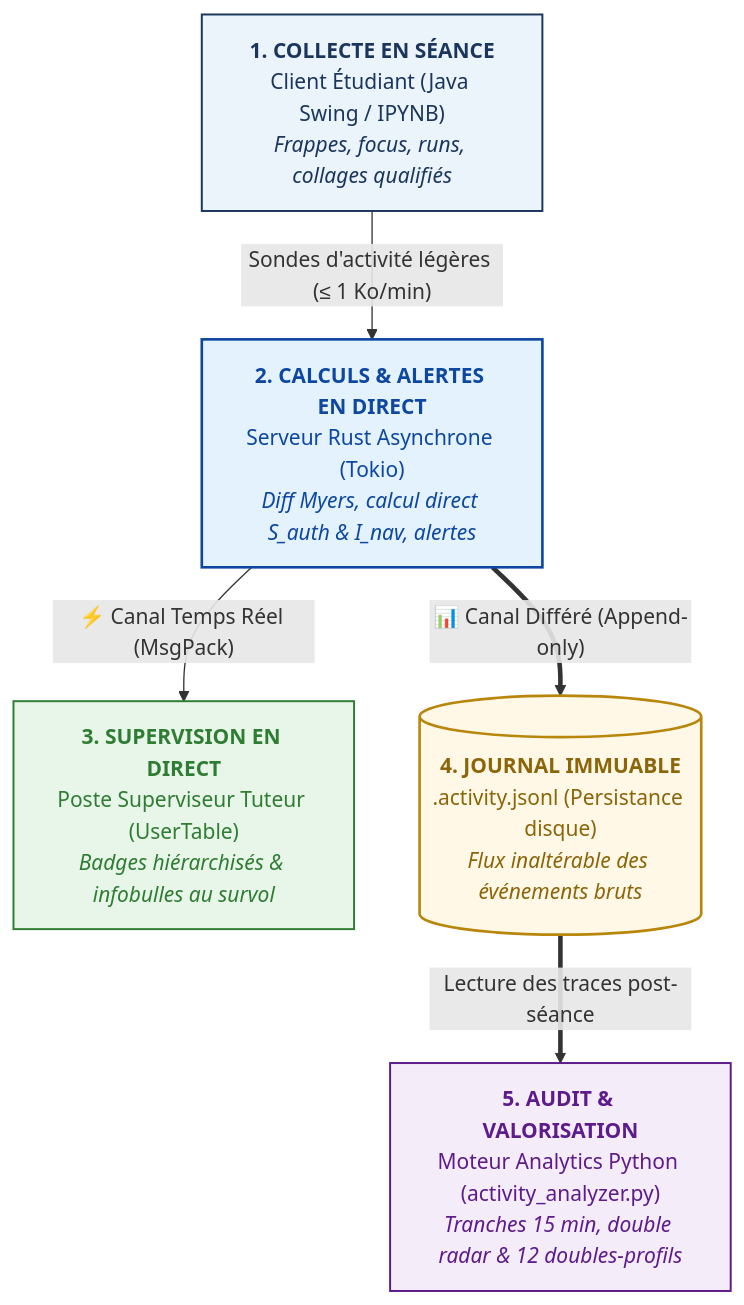
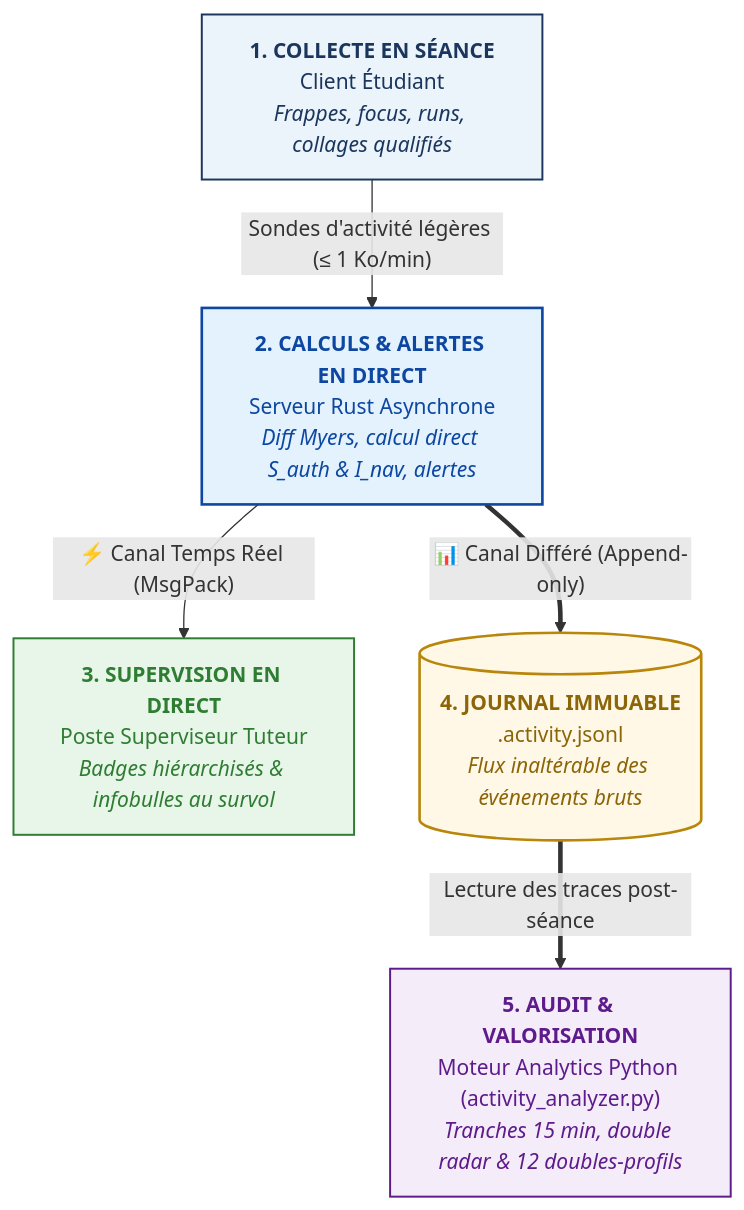
One commit to jlehuen/CodeLab changed the first of 5 diagrams in docs/ACTIVITY_TRACKING.md. Above: the diagram before and after it, drawn with Mermaid. The commit also changed 1 other file, not shown here.

Commit message:
docs: epuration des mentions techniques secondaires dans le diagramme de pipeline

````diff
--- a/docs/ACTIVITY_TRACKING.md
+++ b/docs/ACTIVITY_TRACKING.md
@@ -22,23 +22,23 @@
 ```mermaid
 flowchart TD
-    E["<b>1. COLLECTE EN SÉANCE</b><br/>Client Étudiant (Java Swing / IPYNB)<br/><i>Frappes, focus, runs, collages qualifiés</i>"]
-    -->|"Sondes d'activité légères (≤ 1 Ko/min)"| S["<b>2. CALCULS &amp; ALERTES EN DIRECT</b><br/>Serveur Rust Asynchrone (Tokio)<br/><i>Diff Myers, calcul direct S_auth &amp; I_nav, alertes</i>"]
+    E["<b>1. COLLECTE EN SÉANCE</b><br/>Client Étudiant<br/><i>Frappes, focus, runs, collages qualifiés</i>"]
+    -->|"Sondes d'activité légères (≤ 1 Ko/min)"| S["<b>2. CALCULS &amp; ALERTES EN DIRECT</b><br/>Serveur Rust Asynchrone<br/><i>Diff Myers, calcul direct S_auth &amp; I_nav, alertes</i>"]
 
-    S -->|"⚡ Canal Temps Réel (MsgPack)"| T["<b>3. SUPERVISION EN DIRECT</b><br/>Poste Superviseur Tuteur (UserTable)<br/><i>Badges hiérarchisés &amp; infobulles au survol</i>"]
+    S -->|"⚡ Canal Temps Réel (MsgPack)"| T["<b>3. SUPERVISION EN DIRECT</b><br/>Poste Superviseur Tuteur<br/><i>Badges hiérarchisés &amp; infobulles au survol</i>"]
 
-    S ==>|"📊 Canal Différé (Append-only)"| J[("<b>4. JOURNAL IMMUABLE</b><br/>.activity.jsonl (Persistance disque)<br/><i>Flux inaltérable des événements bruts</i>")]
+    S ==>|"📊 Canal Différé (Append-only)"| J[("<b>4. JOURNAL IMMUABLE</b><br/>.activity.jsonl<br/><i>Flux inaltérable des événements bruts</i>")]
 
     J ==>|"Lecture des traces post-séance"| A["<b>5. AUDIT &amp; VALORISATION</b><br/>Moteur Analytics Python (activity_analyzer.py)<br/><i>Tranches 15 min, double radar &amp; 12 doubles-profils</i>"]
 
     classDef client fill:#EBF3FB,stroke:#1B365D,stroke-width:1.5px,color:#1B365D;
     classDef server fill:#E3F2FD,stroke:#0D47A1,stroke-width:2px,color:#0D47A1;
     classDef tuteur fill:#E8F5E9,stroke:#2E7D32,stroke-width:1.5px,color:#2E7D32;
     classDef journal fill:#FFF8E7,stroke:#B8860B,stroke-width:2px,color:#8B6508;
     classDef audit fill:#F4ECF8,stroke:#5D1B8C,stroke-width:1.5px,color:#5D1B8C;
 
     class E client;
     class S server;
     class T tuteur;
     class J journal;
     class A audit;
 ```
````
